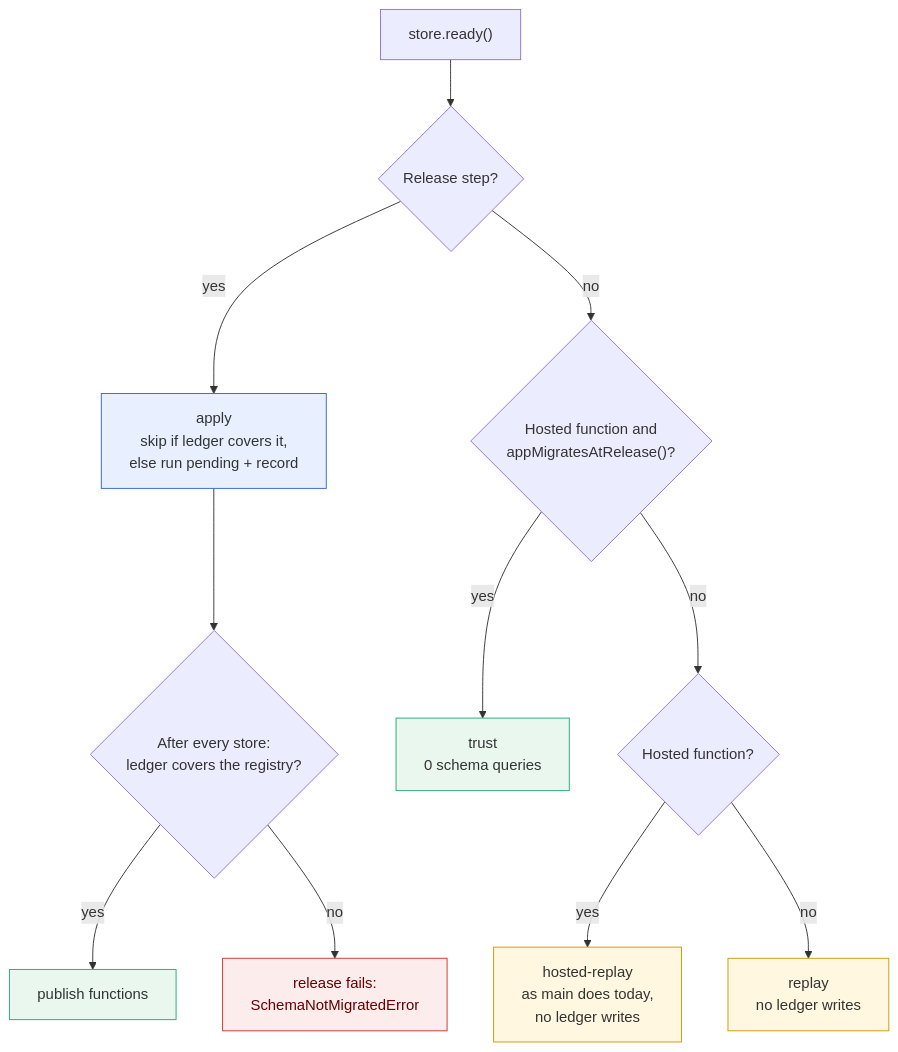
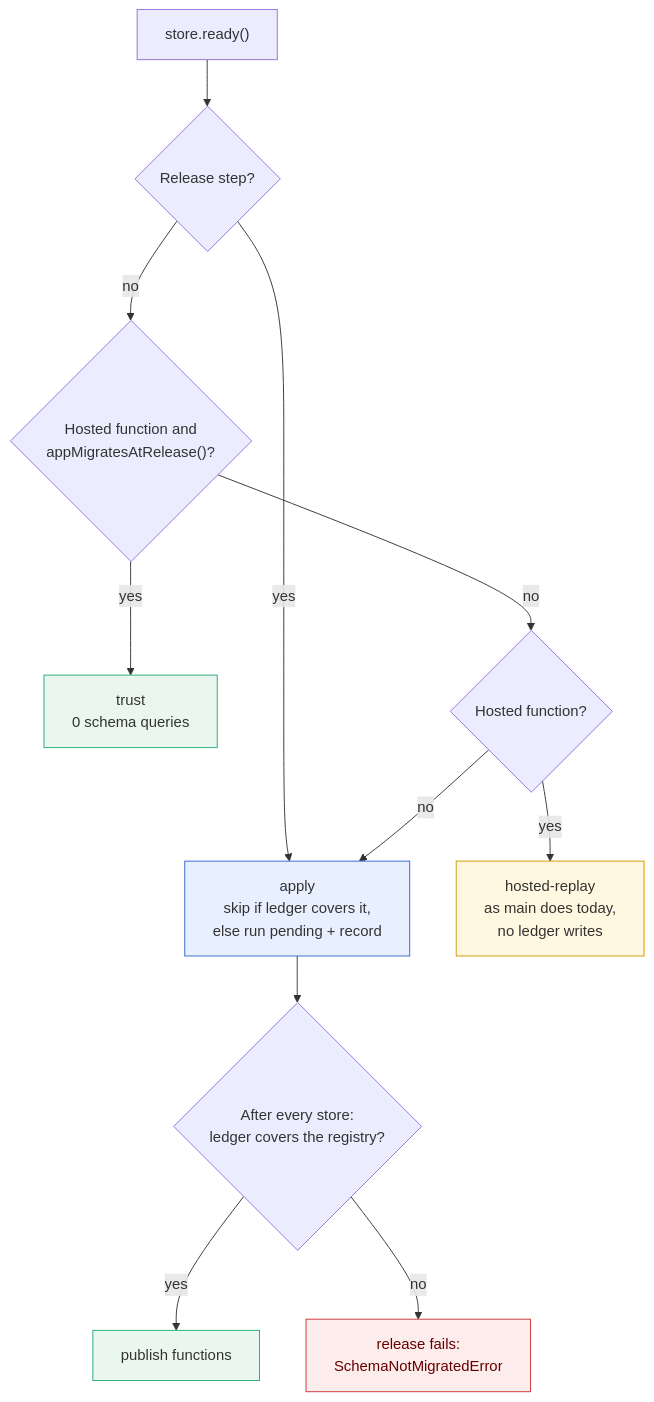
One commit to BuilderIO/agent-native changed the tenth of 20 diagrams in docs/plans/2026-09-28-store-registry-schema-ownership.md. Above: the diagram before and after it, drawn with Mermaid. The commit also changed other lines of this file and 41 other files, not shown here.

````diff
--- a/docs/plans/2026-09-28-store-registry-schema-ownership.md
+++ b/docs/plans/2026-09-28-store-registry-schema-ownership.md
@@ -397,21 +397,21 @@
 ```mermaid
 flowchart TD
   A["store.ready()"] --> B{"Release step?"}
   B -->|yes| APPLY["apply<br/>skip if ledger covers it,<br/>else run pending + record"]
   B -->|no| C{"Hosted function and<br/>appMigratesAtRelease()?"}
   C -->|yes| TRUST["trust<br/>0 schema queries"]
   C -->|no| H{"Hosted function?"}
   H -->|yes| HREPLAY["hosted-replay<br/>as main does today,<br/>no ledger writes"]
-  H -->|no| REPLAY["replay<br/>no ledger writes"]
+  H -->|no| APPLY
   APPLY --> V{"After every store:<br/>ledger covers the registry?"}
   V -->|yes| OK["publish functions"]
   V -->|no| ERR["release fails:<br/>SchemaNotMigratedError"]
   classDef release fill:#e8f0ff,stroke:#36c
   classDef hosted fill:#e9f7ef,stroke:#2a7
   classDef local fill:#fff7e0,stroke:#c90
   classDef gap fill:#fdecec,stroke:#c33,color:#600
   class APPLY release
   class TRUST,OK hosted
-  class REPLAY,HREPLAY local
+  class HREPLAY local
   class ERR gap
 ```
````
